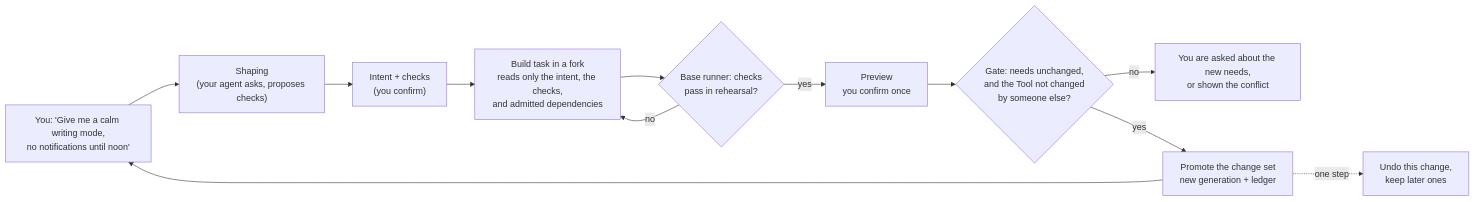
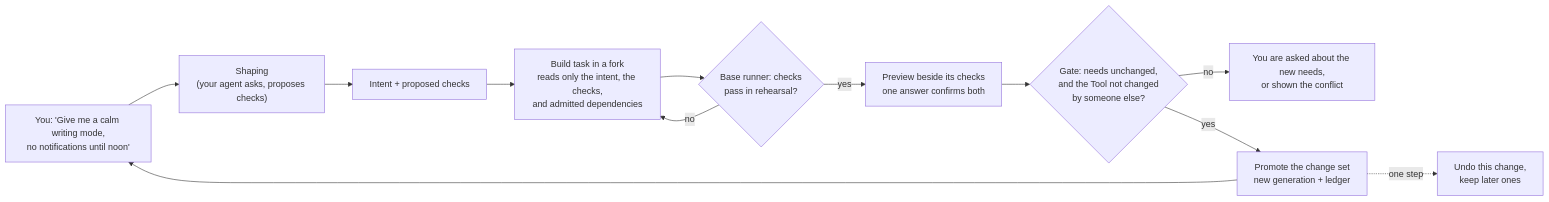
Before and after one commit to crowbaros/crowbaros: the first of 5 diagrams in docs/VISION.md, drawn with Mermaid. The commit also changed other lines of this file and 25 other files, not shown here.

````diff
--- a/docs/VISION.md
+++ b/docs/VISION.md
@@ -55,14 +63,14 @@
 ```mermaid
 flowchart LR
     U["You: 'Give me a calm writing mode,<br/>no notifications until noon'"] --> S["Shaping<br/>(your agent asks, proposes checks)"]
-    S --> I["Intent + checks<br/>(you confirm)"]
+    S --> I["Intent + proposed checks"]
     I --> F["Build task in a fork<br/>reads only the intent, the checks,<br/>and admitted dependencies"]
     F --> V{"Base runner: checks<br/>pass in rehearsal?"}
     V -- no --> F
-    V -- yes --> P["Preview<br/>you confirm once"]
+    V -- yes --> P["Preview beside its checks<br/>one answer confirms both"]
     P --> L{"Gate: needs unchanged,<br/>and the Tool not changed<br/>by someone else?"}
     L -- no --> R["You are asked about the new needs,<br/>or shown the conflict"]
     L -- yes --> E["Promote the change set<br/>new generation + ledger"]
     E --> U
     E -. one step .-> B["Undo this change,<br/>keep later ones"]
 ```
````
